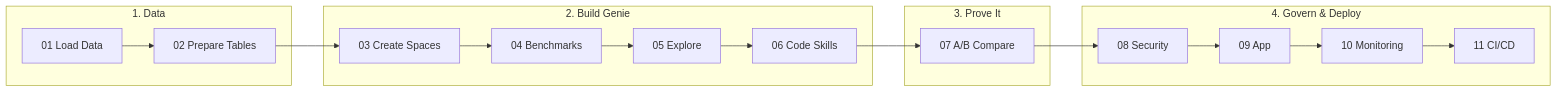
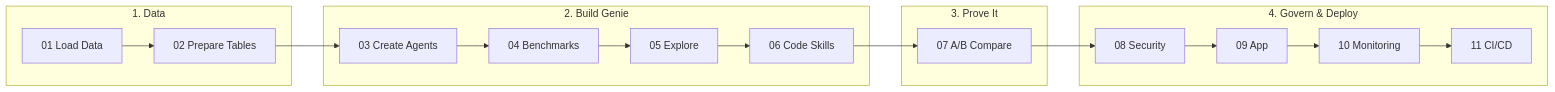
Before and after one commit to dariakrasavina/genie-spaces-workshop: the first of 3 diagrams in README.md, drawn with Mermaid. The commit also changed other lines of this file and 18 other files, not shown here.

First line of the commit message:
Tier 1: Genie Spaces->Agents rename + audit fixes

````diff
--- a/README.md
+++ b/README.md
@@ -11,24 +11,24 @@
 ```mermaid
 flowchart LR
     subgraph data ["1. Data"]
         NB01["01 Load Data"]
         NB02["02 Prepare Tables"]
     end
     subgraph genie ["2. Build Genie"]
-        NB03["03 Create Spaces"]
+        NB03["03 Create Agents"]
         NB04["04 Benchmarks"]
         NB05["05 Explore"]
         NB06["06 Code Skills"]
     end
     subgraph prove ["3. Prove It"]
         NB07["07 A/B Compare"]
     end
     subgraph govern ["4. Govern & Deploy"]
         NB08["08 Security"]
         NB09["09 App"]
         NB10["10 Monitoring"]
         NB11["11 CI/CD"]
     end
 
     NB01 --> NB02 --> NB03 --> NB04 --> NB05 --> NB06 --> NB07 --> NB08 --> NB09 --> NB10 --> NB11
 ```
````
